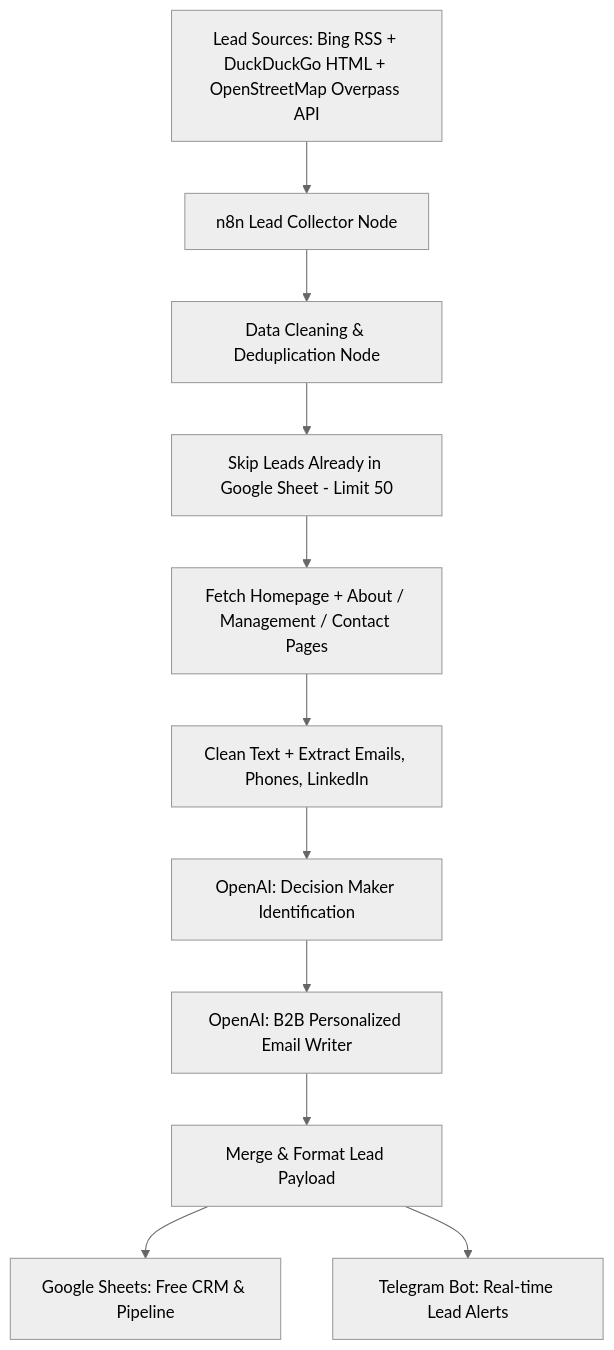
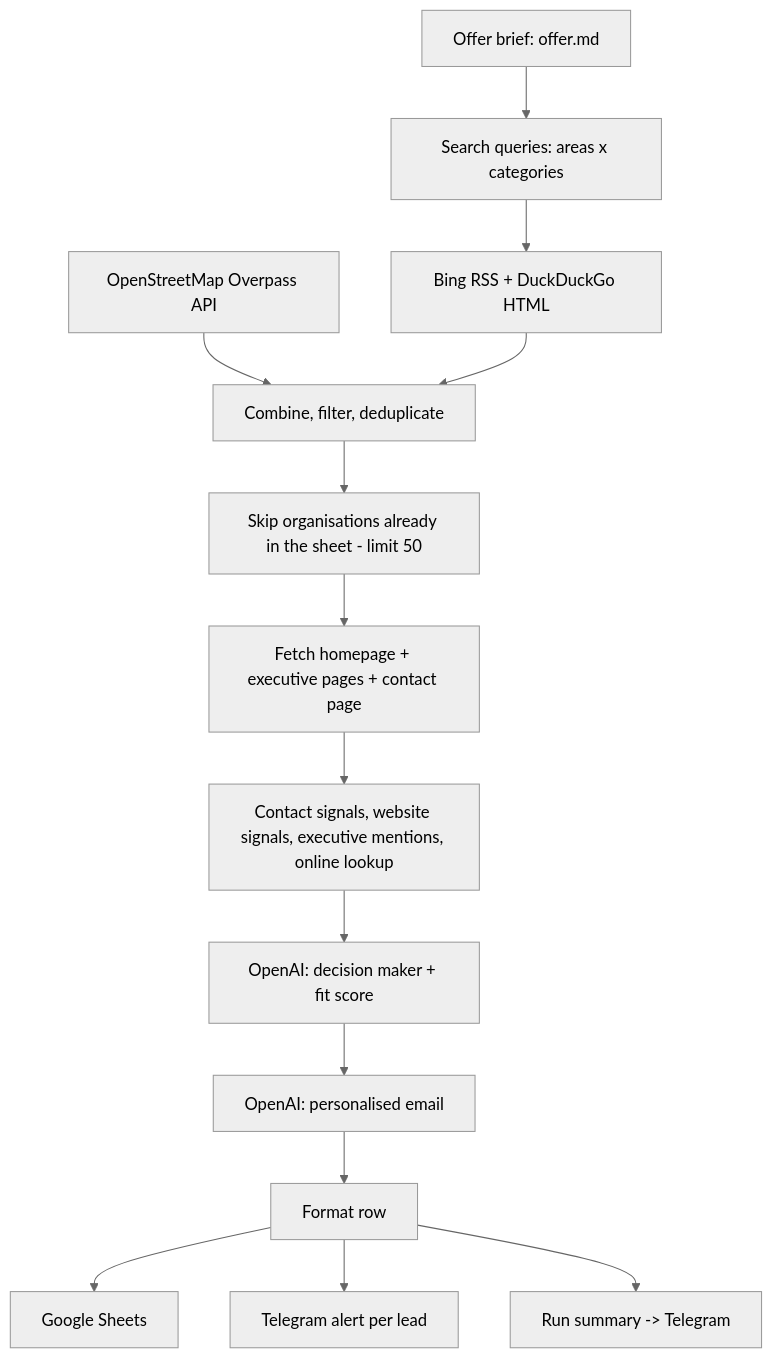
The diagram in README.md (foysalpranto121/AI-Health_Care-Lead_generation-Workflow-), drawn with Mermaid (neutral theme) before and after one commit. The commit also changed other lines of this file, not shown here.

````diff
--- a/README.md
+++ b/README.md
@@ -66,13 +91,16 @@
 ```mermaid
 flowchart TD
-    A[Lead Sources: Bing RSS + DuckDuckGo HTML + OpenStreetMap Overpass API] --> B[n8n Lead Collector Node]
-    B --> C[Data Cleaning & Deduplication Node]
-    C --> C2[Skip Leads Already in Google Sheet - Limit 50]
-    C2 --> D[Fetch Homepage + About / Management / Contact Pages]
-    D --> E[Clean Text + Extract Emails, Phones, LinkedIn]
-    E --> F[OpenAI: Decision Maker Identification]
-    F --> G[OpenAI: B2B Personalized Email Writer]
-    G --> H[Merge & Format Lead Payload]
-    H --> I[Google Sheets: Free CRM & Pipeline]
-    H --> J[Telegram Bot: Real-time Lead Alerts]
+    O[Offer brief: offer.md] --> Q[Search queries: areas x categories]
+    Q --> S[Bing RSS + DuckDuckGo HTML]
+    M[OpenStreetMap Overpass API] --> C[Combine, filter, deduplicate]
+    S --> C
+    C --> K[Skip organisations already in the sheet - limit 50]
+    K --> F[Fetch homepage + executive pages + contact page]
+    F --> X[Contact signals, website signals, executive mentions, online lookup]
+    X --> A1[OpenAI: decision maker + fit score]
+    A1 --> A2[OpenAI: personalised email]
+    A2 --> R[Format row]
+    R --> G[Google Sheets]
+    R --> T[Telegram alert per lead]
+    R --> U[Run summary -> Telegram]
 ```
````
